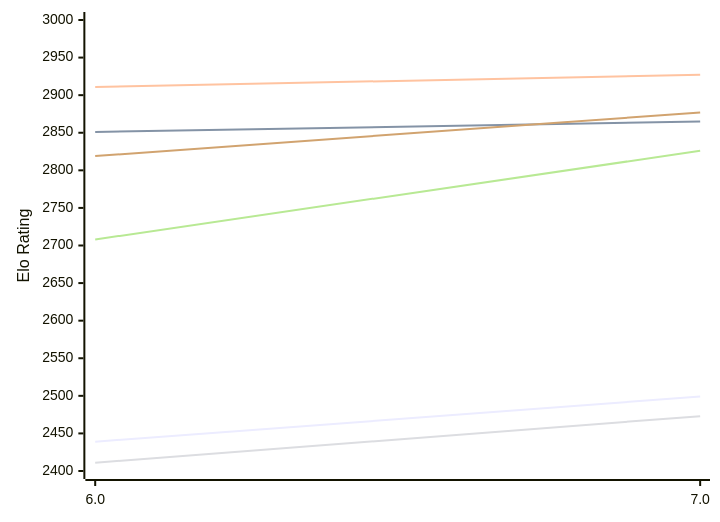
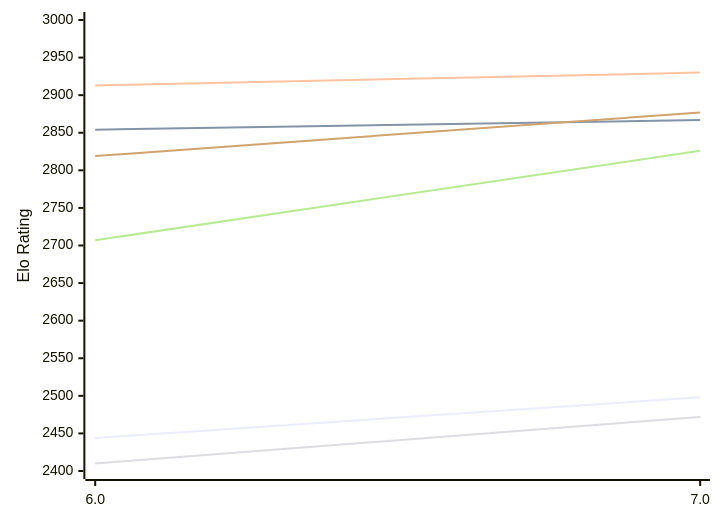
One commit to computer-chess-index/cci changed the first of 2 diagrams in engines/tomitankChess.md. Above: the diagram before and after it, drawn with Mermaid. The commit also changed other lines of this file, not shown here.

Commit message:
Update CCI Ratings (ELO VLTC) - 2026-11-22

````diff
--- a/engines/tomitankChess.md
+++ b/engines/tomitankChess.md
@@ -51,12 +51,12 @@
 ```mermaid
 %%{init: {"theme":"base","themeVariables":{"seriesColors:['#a3a3a3','#222221','#faa371']}}}%%
 xychart-beta
   x-axis ["6.0", "7.0"]
   y-axis "Elo Rating" 2400 --> 3000
-  line "E1: STC (8.0+0.08s)" [2439, 2499]
-  line "E1: LTC (60.0+0.60s)" [2851, 2865]
-  line "E1: VLTC (2m24s+1.12s)" [2911, 2927]
-  line "P1: STC (8.0+0.08s)" [2411, 2473]
-  line "P1: LTC (60.0+0.60s)" [2708, 2826]
+  line "E1: STC (8.0+0.08s)" [2444, 2498]
+  line "E1: LTC (60.0+0.60s)" [2854, 2867]
+  line "E1: VLTC (2m24s+1.12s)" [2913, 2930]
+  line "P1: STC (8.0+0.08s)" [2410, 2472]
+  line "P1: LTC (60.0+0.60s)" [2707, 2826]
   line "P1: VLTC (2m24s+1.12s)" [2819, 2877]
 ```
````
